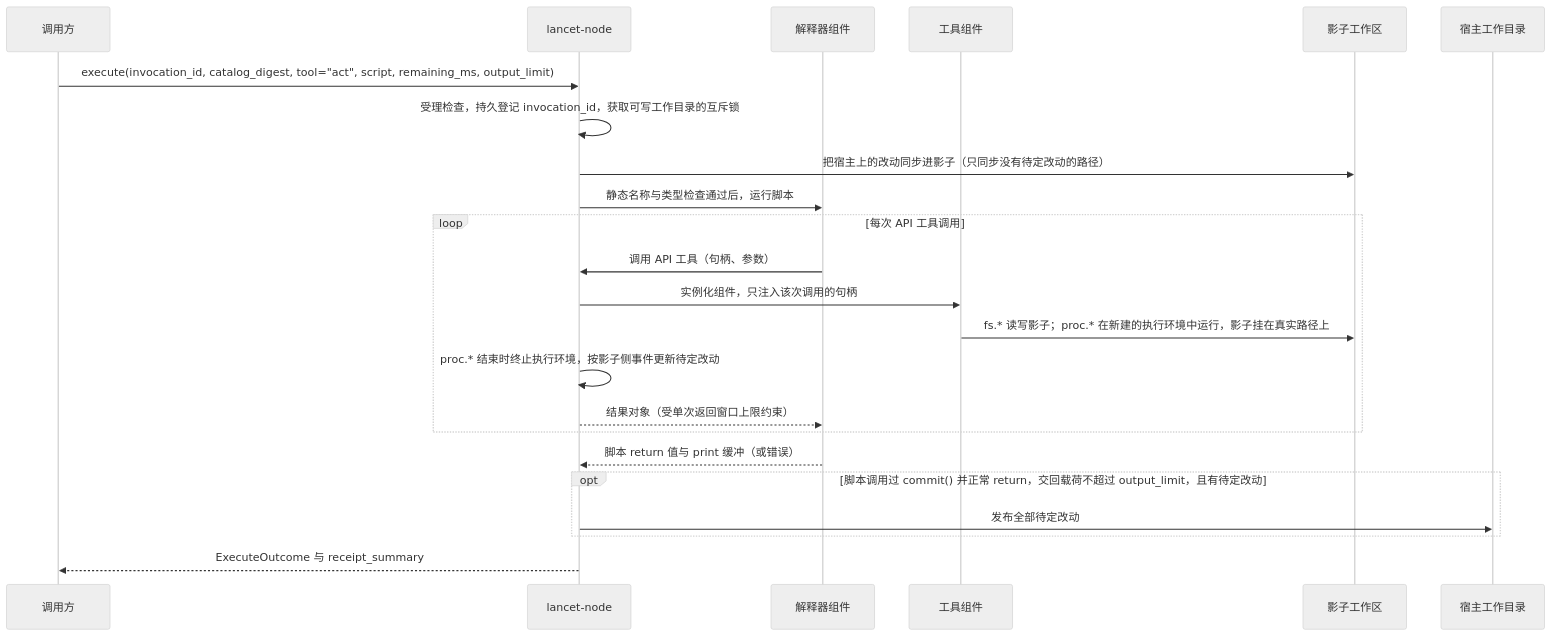
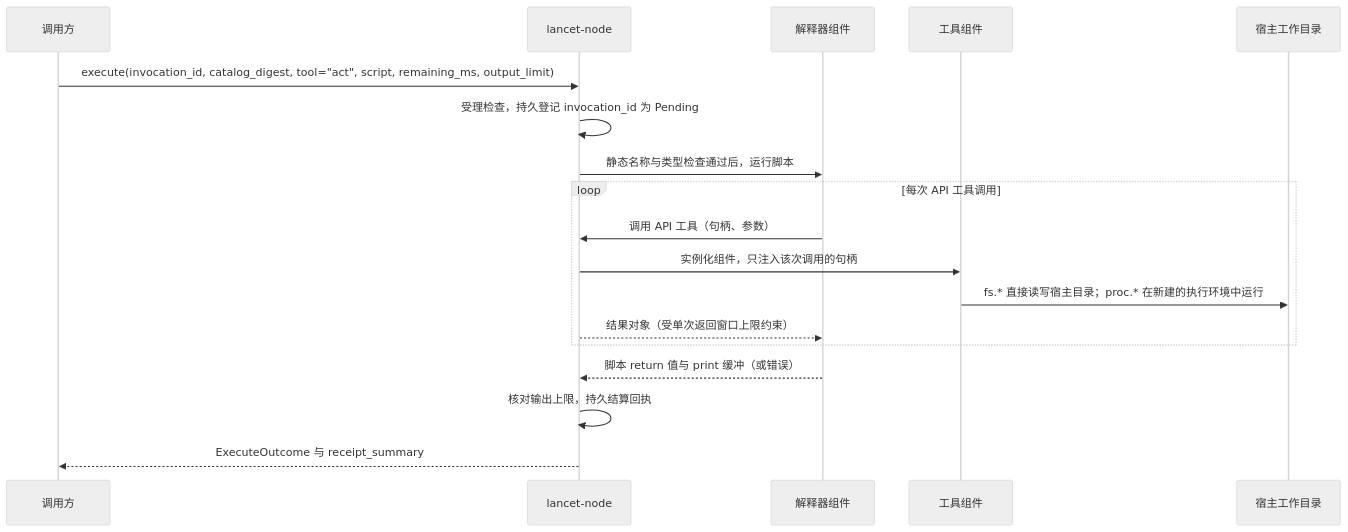
One commit to Skyline10124/lancet changed the diagram in docs/architecture/lancet-node/README.md. Above: the diagram before and after it, drawn with Mermaid (neutral theme). The commit also changed other lines of this file and 60 other files, not shown here.

````diff
--- a/docs/architecture/lancet-node/README.md
+++ b/docs/architecture/lancet-node/README.md
@@ -66,25 +62,20 @@
 ```mermaid
 sequenceDiagram
     participant C as 调用方
     participant N as lancet-node
     participant I as 解释器组件
     participant T as 工具组件
-    participant S as 影子工作区
     participant H as 宿主工作目录
     C->>N: execute(invocation_id, catalog_digest, tool="act", script, remaining_ms, output_limit)
-    N->>N: 受理检查，持久登记 invocation_id，获取可写工作目录的互斥锁
-    N->>S: 把宿主上的改动同步进影子（只同步没有待定改动的路径）
+    N->>N: 受理检查，持久登记 invocation_id 为 Pending
     N->>I: 静态名称与类型检查通过后，运行脚本
     loop 每次 API 工具调用
         I->>N: 调用 API 工具（句柄、参数）
         N->>T: 实例化组件，只注入该次调用的句柄
-        T->>S: fs.* 读写影子；proc.* 在新建的执行环境中运行，影子挂在真实路径上
-        N->>N: proc.* 结束时终止执行环境，按影子侧事件更新待定改动
+        T->>H: fs.* 直接读写宿主目录；proc.* 在新建的执行环境中运行
         N-->>I: 结果对象（受单次返回窗口上限约束）
     end
     I-->>N: 脚本 return 值与 print 缓冲（或错误）
-    opt 脚本调用过 commit() 并正常 return，交回载荷不超过 output_limit，且有待定改动
-        N->>H: 发布全部待定改动
-    end
+    N->>N: 核对输出上限，持久结算回执
     N-->>C: ExecuteOutcome 与 receipt_summary
 ```
````
